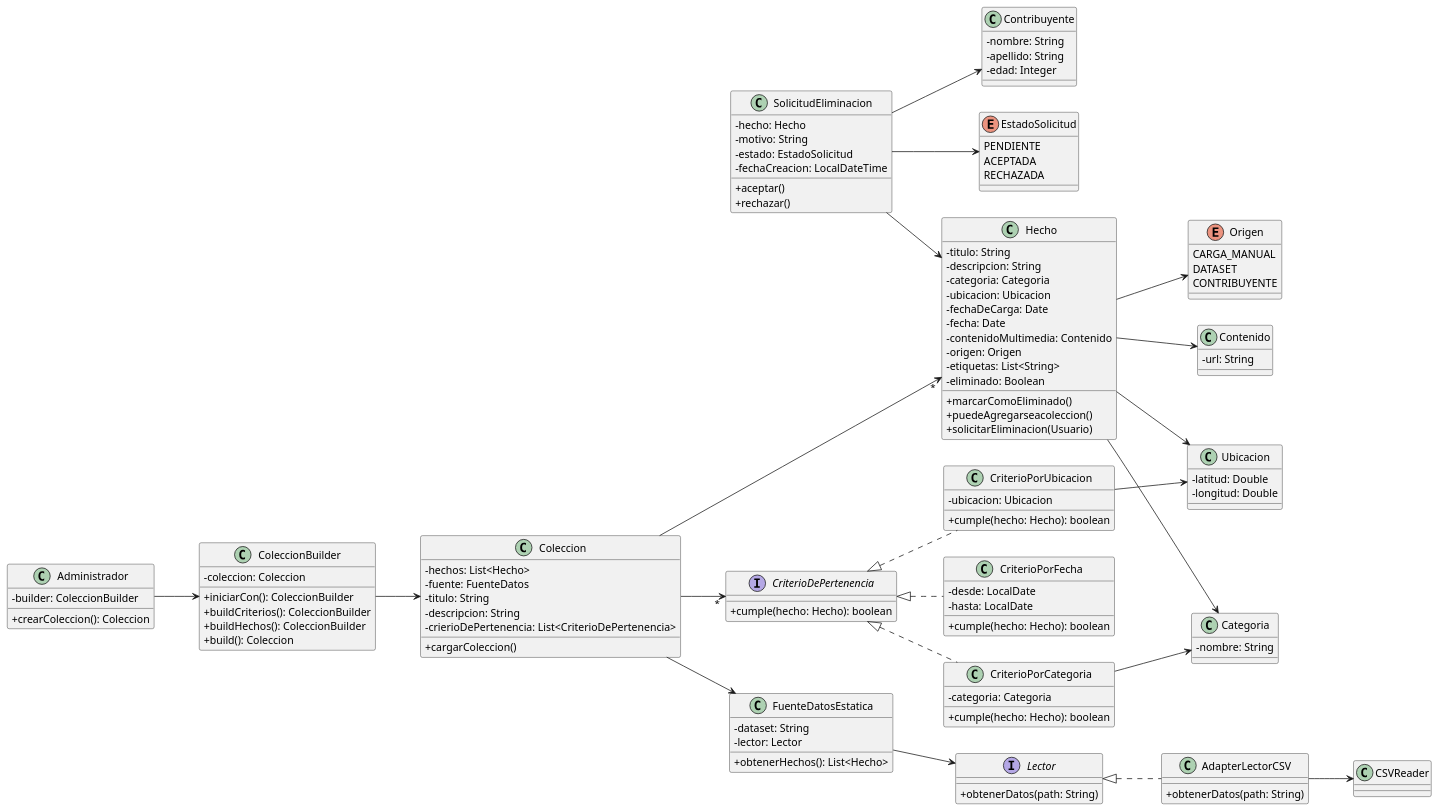
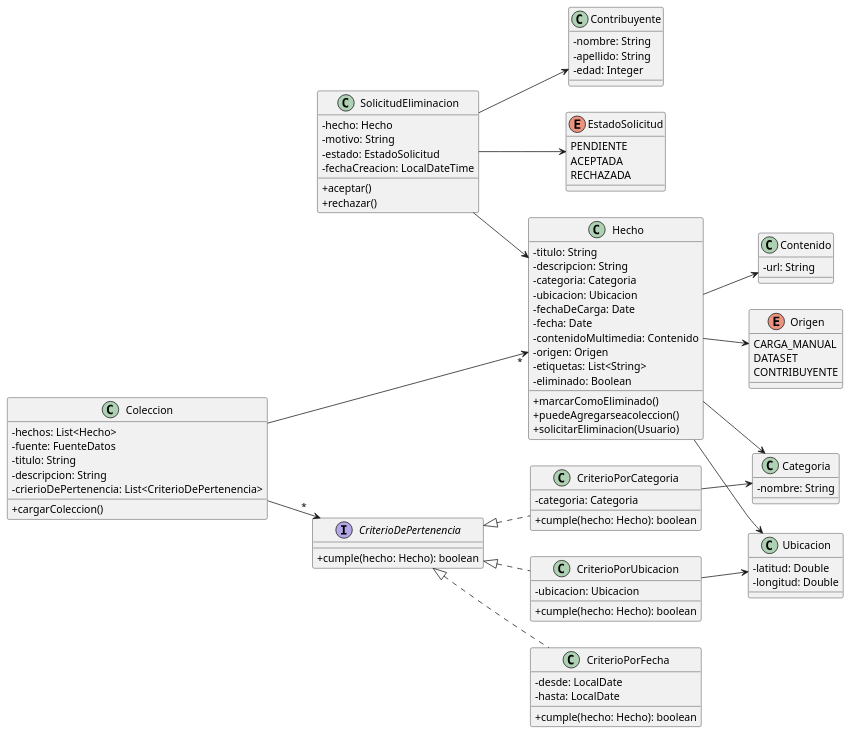
Before and after one commit to nicofernandez17/backend-arquitectura-limpia: the diagram in diagrams/DC_V3.puml, drawn with PlantUML. The commit also changed 5 other files, not shown here.

```diff
--- a/diagrams/DC_V3.puml
+++ b/diagrams/DC_V3.puml
@@ -1,147 +1,121 @@
 @startuml
 left to right direction
 skinparam classAttributeIconSize 0
 
 '---------------------- Usuarios ----------------------
 class Contribuyente {
     - nombre: String
     - apellido: String
     - edad: Integer
 }
 
-class Administrador {
-    - builder: ColeccionBuilder
-    + crearColeccion(): Coleccion
-}
 
-Administrador --> ColeccionBuilder
+
+
 SolicitudEliminacion --> Contribuyente
 
 '---------------------- Colecciones ----------------------
 class Coleccion {
     - hechos: List<Hecho>
     - fuente: FuenteDatos
     - titulo: String
     - descripcion: String
     - crierioDePertenencia: List<CriterioDePertenencia>
     + cargarColeccion()
 }
 
-class ColeccionBuilder {
-    - coleccion: Coleccion
-    + iniciarCon(): ColeccionBuilder
-    + buildCriterios(): ColeccionBuilder
-    + buildHechos(): ColeccionBuilder
-    + build(): Coleccion
-}
 
-ColeccionBuilder --> Coleccion
+
+
 Coleccion --> "*" Hecho
-Coleccion --> FuenteDatosEstatica
 Coleccion --> "*" CriterioDePertenencia
 
 interface CriterioDePertenencia {
     + cumple(hecho: Hecho): boolean
 }
 
 class CriterioPorUbicacion implements CriterioDePertenencia {
     - ubicacion: Ubicacion
     + cumple(hecho: Hecho): boolean
 }
 
 class CriterioPorFecha implements CriterioDePertenencia {
     - desde: LocalDate
     - hasta: LocalDate
     + cumple(hecho: Hecho): boolean
 }
 
 class CriterioPorCategoria implements CriterioDePertenencia {
     - categoria: Categoria
     + cumple(hecho: Hecho): boolean
 }
 
 CriterioPorUbicacion --> Ubicacion
 CriterioPorCategoria --> Categoria
 
 '---------------------- Hechos ----------------------
 class Hecho {
     - titulo: String
     - descripcion: String
     - categoria: Categoria
     - ubicacion: Ubicacion
     - fechaDeCarga: Date
     - fecha: Date
     - contenidoMultimedia: Contenido
     - origen: Origen
     - etiquetas: List<String>
     - eliminado: Boolean
     + marcarComoEliminado()
     + puedeAgregarseacoleccion()
     +solicitarEliminacion(Usuario)
 }
 
 class Categoria {
     - nombre: String
 }
 
 enum Origen {
     CARGA_MANUAL
     DATASET
     CONTRIBUYENTE
 }
 
 class Ubicacion {
     - latitud: Double
     - longitud: Double
 }
 
 class Contenido {
     - url: String
 }
 
 Hecho --> Categoria
 Hecho --> Ubicacion
 Hecho --> Origen
 Hecho --> Contenido
 
 '---------------------- Solicitud Eliminación ----------------------
 class SolicitudEliminacion {
     - hecho: Hecho
     - motivo: String
     - estado: EstadoSolicitud
     - fechaCreacion: LocalDateTime
     + aceptar()
     + rechazar()
 }
 
 enum EstadoSolicitud {
     PENDIENTE
     ACEPTADA
     RECHAZADA
 }
 
 SolicitudEliminacion --> Hecho
 SolicitudEliminacion --> EstadoSolicitud
 
-'---------------------- Fuentes de Datos y Lectores ----------------------
-class FuenteDatosEstatica {
-    - dataset: String
-    - lector: Lector
-    + obtenerHechos(): List<Hecho>
-}
 
-interface Lector {
-    + obtenerDatos(path: String)
-}
 
-class AdapterLectorCSV implements Lector {
-    + obtenerDatos(path: String)
-}
 
-class CSVReader {
-}
 
-FuenteDatosEstatica --> Lector
-AdapterLectorCSV --> CSVReader
 
 @enduml
```
